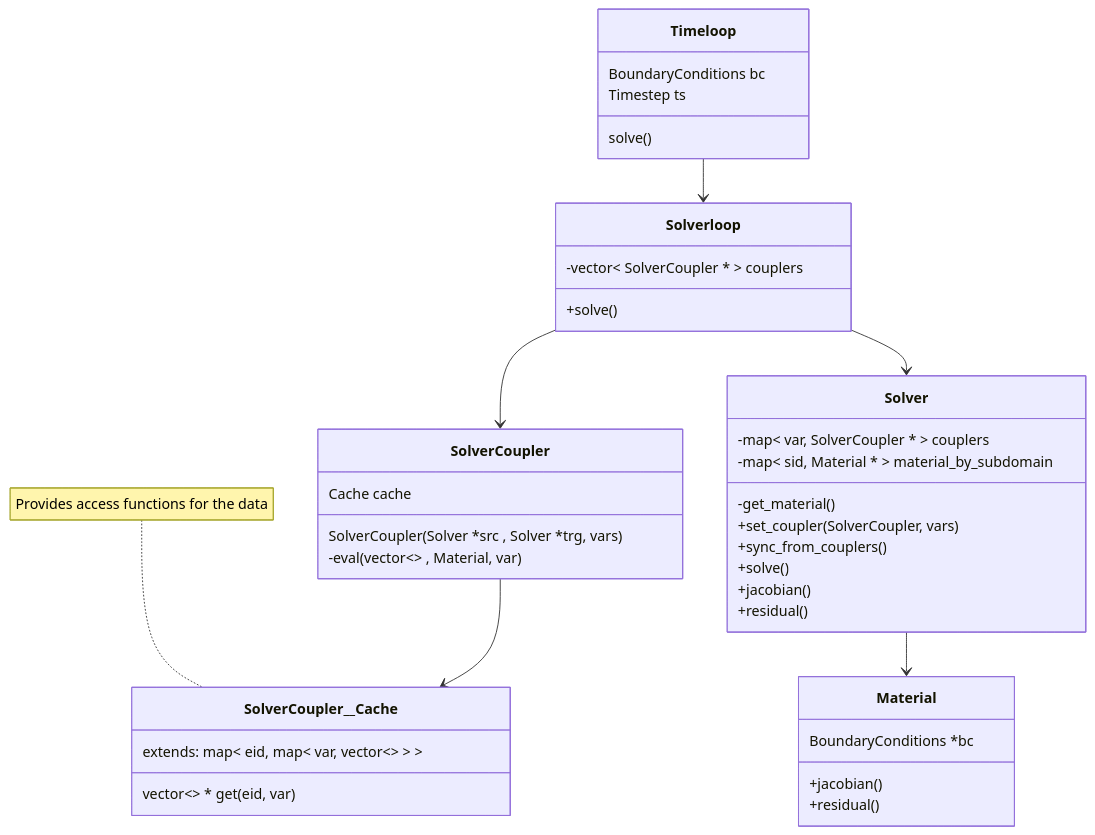
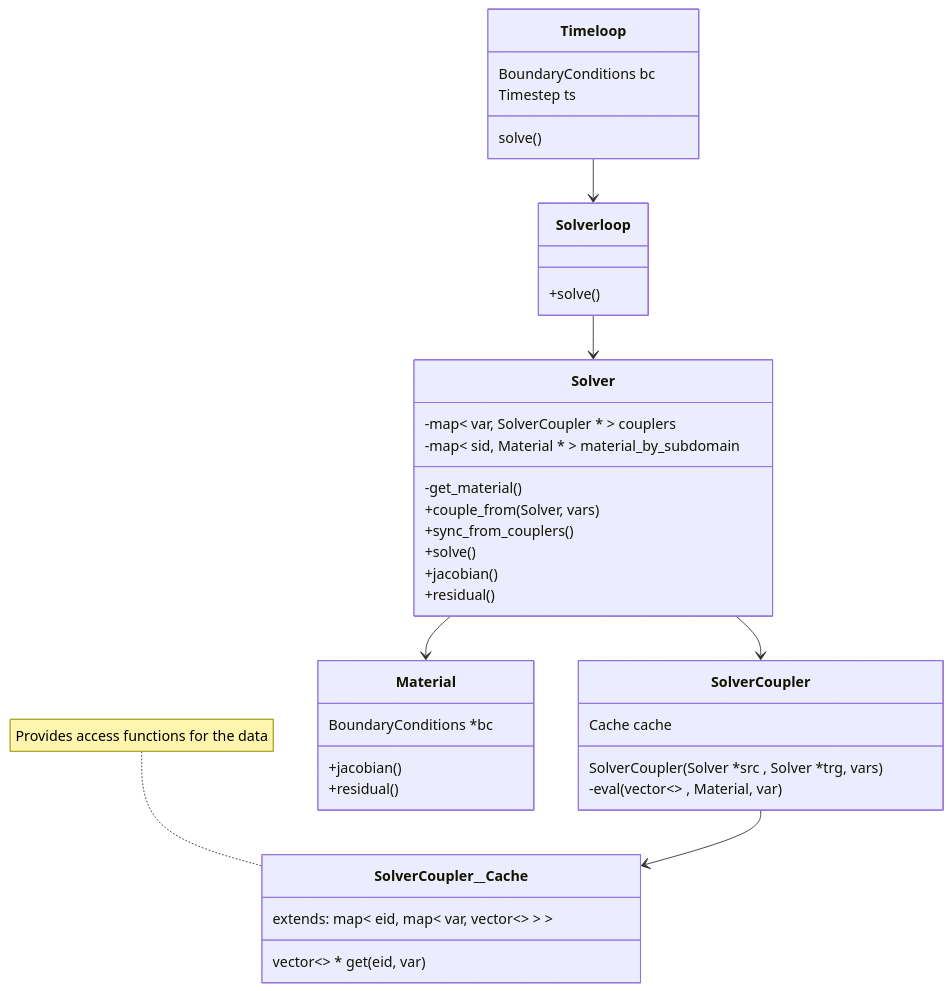
One commit to rebpoli/harpy changed the first of 2 diagrams in doc/Description.md. Above: the diagram before and after it, drawn with Mermaid.

````diff
--- a/doc/Description.md
+++ b/doc/Description.md
@@ -20,52 +20,53 @@
 ```mermaid
 %% Interfaces, abstract classes
 classDiagram
     class Timeloop { 
         BoundaryConditions bc
         Timestep ts
         solve()
     }
 
+    %% The solver loop couples the solvers
     class Solverloop {
-        -vector< SolverCoupler * > couplers
         +solve()
     }
-    Solverloop --> SolverCoupler
 
     %% Does the calculations and hold the cached data needed to couple SRC->TRG
     %% Can be specialized for more complex data types (e.g. stress or velocities)
     class SolverCoupler__Cache {
         extends: map< eid, map< var, vector<> > >
         vector<> * get( eid, var )
     }
     note for SolverCoupler__Cache "Provides access functions for the data"
     class SolverCoupler {
         SolverCoupler( Solver *src , Solver *trg, vars )
         Cache cache
         -eval( vector<> , Material, var )
     }
     SolverCoupler --> SolverCoupler__Cache
 
+    %% The solver keeps its own couplers
     class Solver {
         -map< var, SolverCoupler * > couplers
         -map< sid, Material * > material_by_subdomain
         -get_material()
-        +set_coupler(SolverCoupler, vars)
+        +couple_from(Solver, vars)
         +sync_from_couplers()
         +solve()
         +jacobian()
         +residual()
     }
+    Solver--> SolverCoupler
 
 
     class Material {
         BoundaryConditions *bc
         +jacobian()
         +residual()
     }
 
     Timeloop --> Solverloop
     Solverloop --> Solver
     Solver --> Material
 
 ```
````
